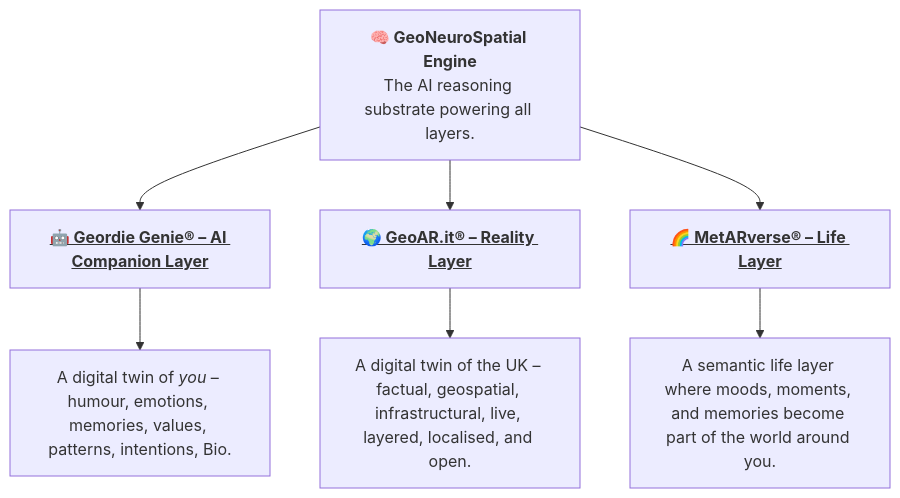
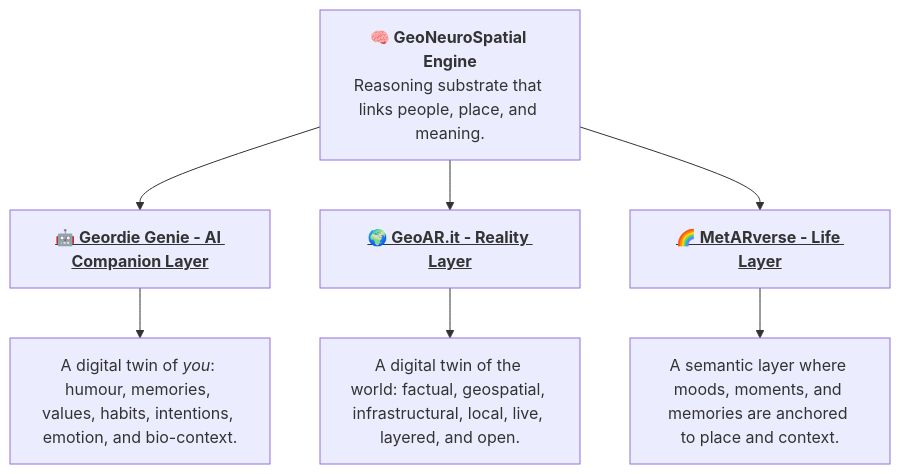
The first of 5 diagrams in profile/README.md (GeoARit/.github), drawn with Mermaid before and after one commit. The commit also changed other lines of this file, not shown here.

````diff
--- a/profile/README.md
+++ b/profile/README.md
@@ -13,33 +32,21 @@
 ```mermaid
 flowchart TD
 
-    %% ===============================
-    %% TITLE NODES (TOP LEVEL)
-    %% ===============================
-    GENIE["<u><b>🤖 Geordie Genie® – AI Companion Layer</b></u>"]
-    REALITY["<u><b>🌍 GeoAR.it® – Reality Layer</b></u>"]
-    LIFE["<u><b>🌈 MetARverse® – Life Layer</b></u>"]
+    GENIE["<u><b>🤖 Geordie Genie - AI Companion Layer</b></u>"]
+    REALITY["<u><b>🌍 GeoAR.it - Reality Layer</b></u>"]
+    LIFE["<u><b>🌈 MetARverse - Life Layer</b></u>"]
 
-    %% ===============================
-    %% DESCRIPTIONS (SECOND LEVEL)
-    %% ===============================
-    GENIE_DESC["A digital twin of <i>you</i> – humour, emotions, memories, values, patterns, intentions, Bio."]
-    REALITY_DESC["A digital twin of the UK – factual, geospatial, infrastructural, live, layered, localised, and open."]
-    LIFE_DESC["A semantic life layer where moods, moments, and memories become part of the world around you."]
+    GENIE_DESC["A digital twin of <i>you</i>: humour, memories, values, habits, intentions, emotion, and bio-context."]
+    REALITY_DESC["A digital twin of the world: factual, geospatial, infrastructural, local, live, layered, and open."]
+    LIFE_DESC["A semantic layer where moods, moments, and memories are anchored to place and context."]
 
-    %% Attach descriptions to titles
     GENIE --> GENIE_DESC
     REALITY --> REALITY_DESC
     LIFE --> LIFE_DESC
 
-    %% ===============================
-    %% CORE ENGINE (POWERING ALL THREE)
-    %% ===============================
-    ENGINE["<b>🧠 GeoNeuroSpatial Engine</b><br/>The AI reasoning substrate powering all layers."]
+    ENGINE["<b>🧠 GeoNeuroSpatial Engine</b><br/>Reasoning substrate that links people, place, and meaning."]
 
-    %% Engine connects upward to each title
     ENGINE --> GENIE
     ENGINE --> REALITY
     ENGINE --> LIFE
-
 ```
````
